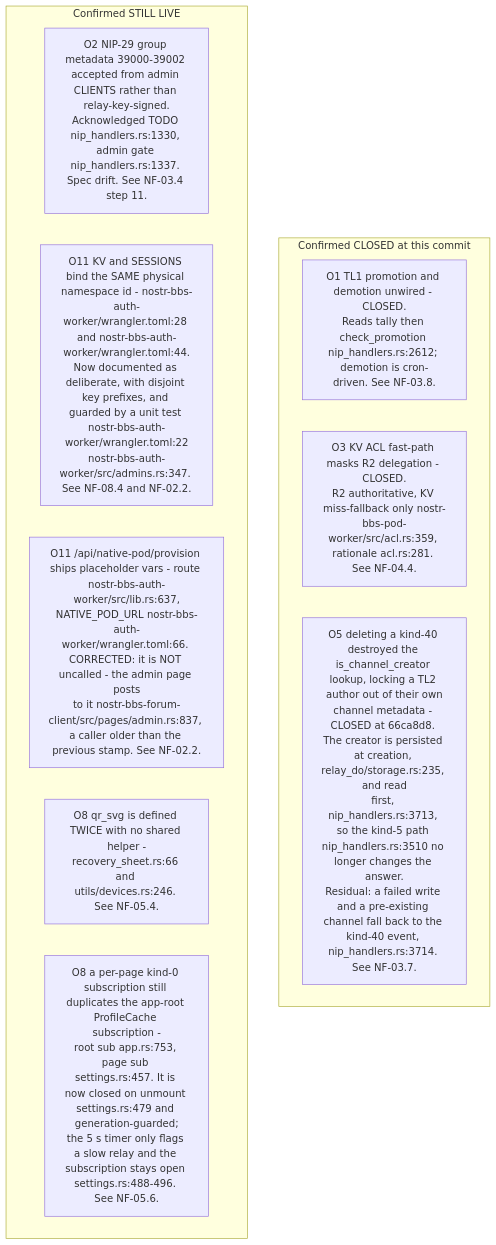
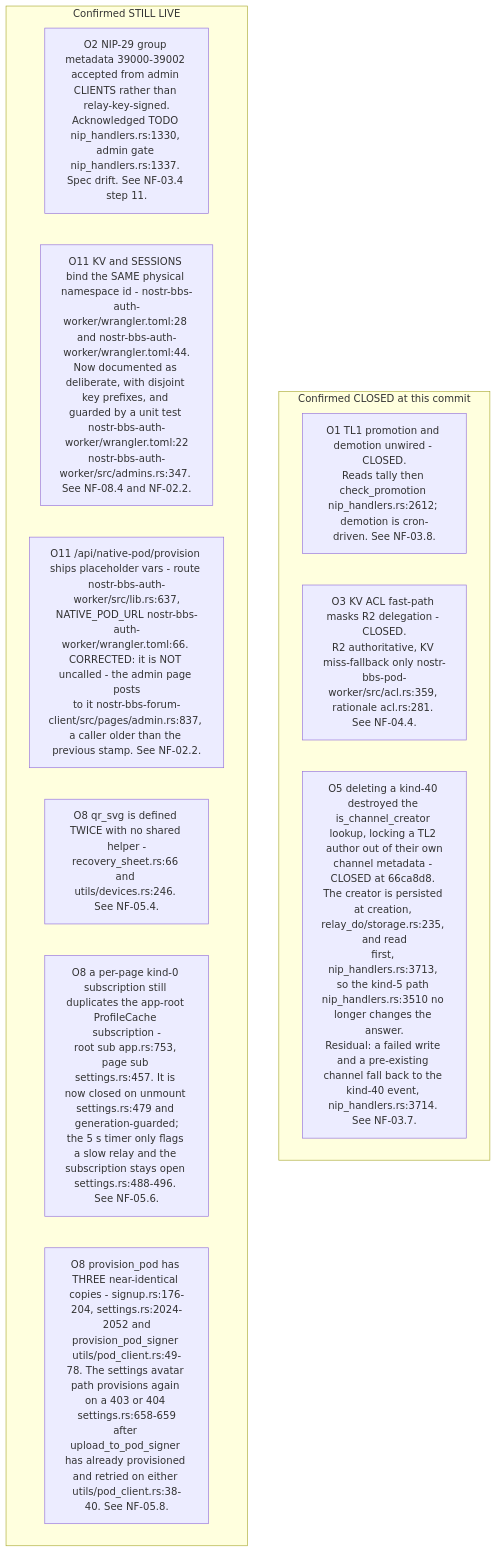
Before and after one commit to DreamLab-AI/VisionFlow: the third of 13 diagrams in docs/diagrams/nostr-rust-forum/10-invariants-and-anomaly-register.md, drawn with Mermaid. The commit also changed other lines of this file and 1 other file, not shown here.

First line of the commit message:
WIP diagrams/kit-fold: re-stamp NF-05 and NF-10 to fd31193, close O21, fold kit register items

````diff
--- a/docs/diagrams/nostr-rust-forum/10-invariants-and-anomaly-register.md
+++ b/docs/diagrams/nostr-rust-forum/10-invariants-and-anomaly-register.md
@@ -132,15 +154,16 @@
 ```mermaid
 flowchart TB
     subgraph closed["Confirmed CLOSED at this commit"]
         O1["O1 TL1 promotion and demotion unwired - CLOSED.<br/>Reads tally then check_promotion nip_handlers.rs:2612; demotion is cron-driven. See NF-03.8."]
         O3["O3 KV ACL fast-path masks R2 delegation - CLOSED.<br/>R2 authoritative, KV miss-fallback only nostr-bbs-pod-worker/src/acl.rs:359, rationale acl.rs:281. See NF-04.4."]
         O5["O5 deleting a kind-40 destroyed the is_channel_creator lookup, locking a TL2 author out of their own<br/>channel metadata - CLOSED at 66ca8d8. The creator is persisted at creation, relay_do/storage.rs:235, and read<br/>first, nip_handlers.rs:3713, so the kind-5 path nip_handlers.rs:3510 no longer changes the answer.<br/>Residual: a failed write and a pre-existing channel fall back to the kind-40 event, nip_handlers.rs:3714. See NF-03.7."]
     end
     subgraph live["Confirmed STILL LIVE"]
         O2["O2 NIP-29 group metadata 39000-39002 accepted from admin CLIENTS rather than relay-key-signed.<br/>Acknowledged TODO nip_handlers.rs:1330, admin gate nip_handlers.rs:1337. Spec drift. See NF-03.4 step 11."]
         O11a["O11 KV and SESSIONS bind the SAME physical namespace id - nostr-bbs-auth-worker/wrangler.toml:28 and nostr-bbs-auth-worker/wrangler.toml:44.<br/>Now documented as deliberate, with disjoint key prefixes, and guarded by a unit test nostr-bbs-auth-worker/wrangler.toml:22<br/>nostr-bbs-auth-worker/src/admins.rs:347. See NF-08.4 and NF-02.2."]
         O11b["O11 /api/native-pod/provision ships placeholder vars - route nostr-bbs-auth-worker/src/lib.rs:637,<br/>NATIVE_POD_URL nostr-bbs-auth-worker/wrangler.toml:66. CORRECTED: it is NOT uncalled - the admin page posts<br/>to it nostr-bbs-forum-client/src/pages/admin.rs:837, a caller older than the previous stamp. See NF-02.2."]
         O8a["O8 qr_svg is defined TWICE with no shared helper -<br/>recovery_sheet.rs:66 and utils/devices.rs:246. See NF-05.4."]
         O8b["O8 a per-page kind-0 subscription still duplicates the app-root ProfileCache subscription -<br/>root sub app.rs:753, page sub settings.rs:457. It is now closed on unmount settings.rs:479 and generation-guarded;<br/>the 5 s timer only flags a slow relay and the subscription stays open settings.rs:488-496. See NF-05.6."]
+        O8c["O8 provision_pod has THREE near-identical copies - signup.rs:176-204, settings.rs:2024-2052 and<br/>provision_pod_signer utils/pod_client.rs:49-78. The settings avatar path provisions again on a 403 or 404 settings.rs:658-659<br/>after upload_to_pod_signer has already provisioned and retried on either utils/pod_client.rs:38-40. See NF-05.8."]
     end
 ```
````
